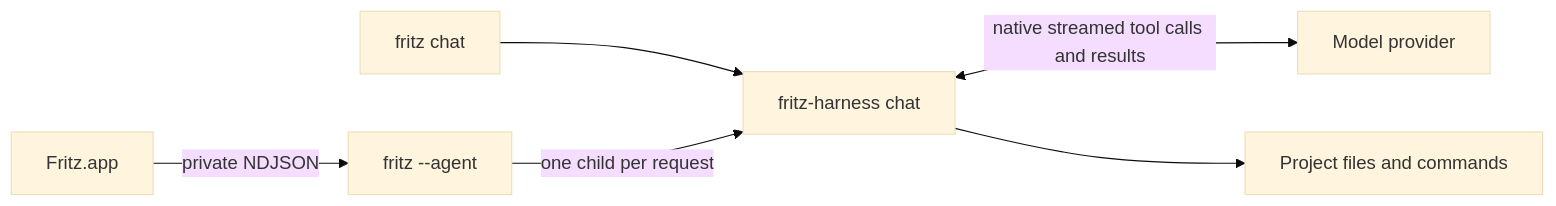
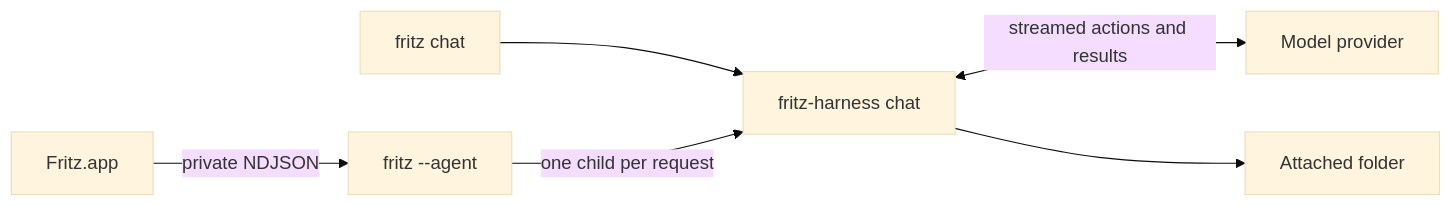
One commit to rel-me/fritz changed the diagram in README.md. Above: the diagram before and after it, drawn with Mermaid (base theme). The commit also changed other lines of this file and 58 other files, not shown here.

````diff
--- a/README.md
+++ b/README.md
@@ -141,8 +147,8 @@
 ```mermaid
 flowchart LR
     App[Fritz.app] -->|private NDJSON| Service[fritz --agent]
     CLI[fritz chat] --> Harness[fritz-harness chat]
     Service -->|one child per request| Harness
-    Harness <-->|native streamed tool calls and results| Provider[Model provider]
-    Harness --> Tools[Project files and commands]
+    Harness <-->|streamed actions and results| Provider[Model provider]
+    Harness --> Tools[Attached folder]
 ```
````
